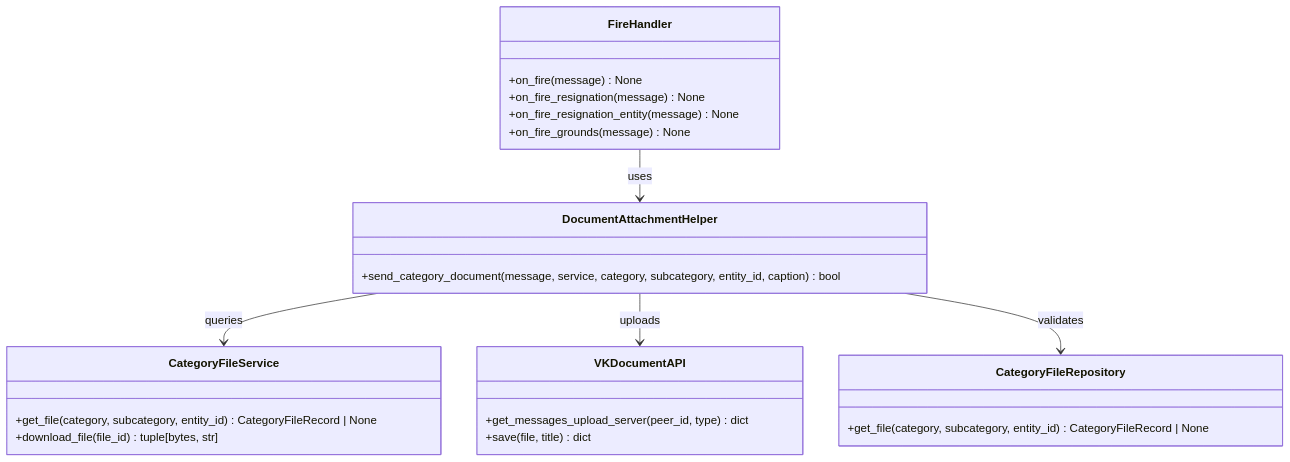
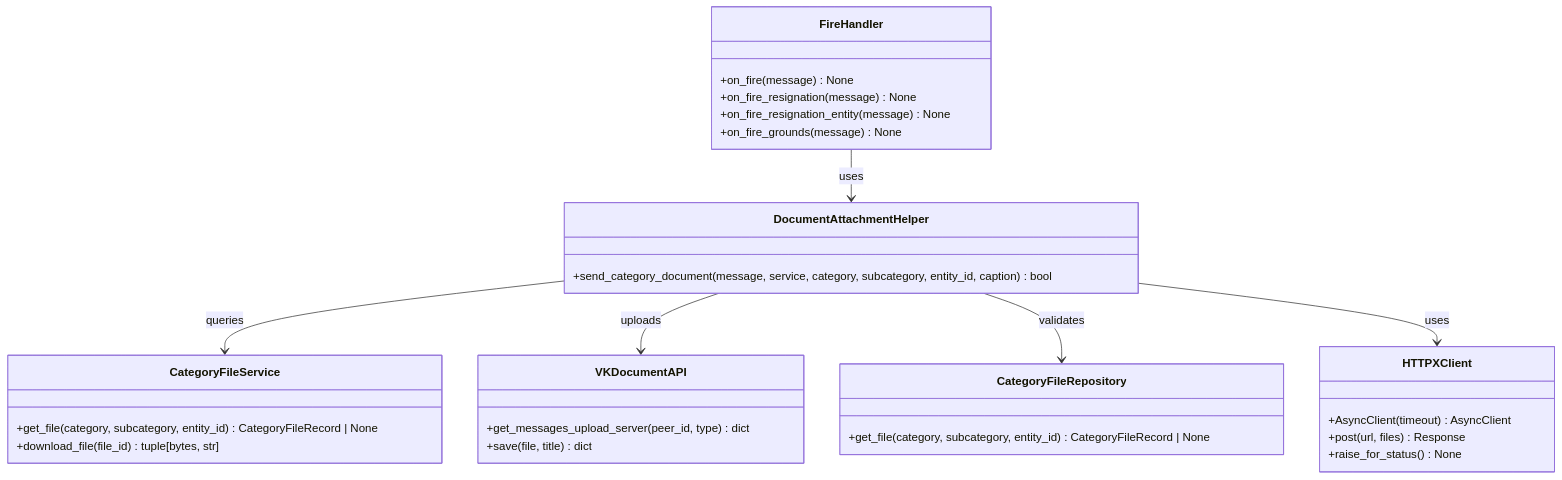
Before and after one commit to ognelis/cafetera_hr_bot: diagram 11 of 35 in .qoder/repowiki/en/content/VK Integration/VK Integration.md, drawn with Mermaid. The commit also changed other lines of this file and 25 other files, not shown here.

````diff
--- a/.qoder/repowiki/en/content/VK Integration/VK Integration.md
+++ b/.qoder/repowiki/en/content/VK Integration/VK Integration.md
@@ -774,27 +791,33 @@
 ```mermaid
 classDiagram
 class FireHandler {
 +on_fire(message) None
 +on_fire_resignation(message) None
 +on_fire_resignation_entity(message) None
 +on_fire_grounds(message) None
 }
 class DocumentAttachmentHelper {
 +send_category_document(message, service, category, subcategory, entity_id, caption) bool
 }
 class CategoryFileService {
 +get_file(category, subcategory, entity_id) CategoryFileRecord | None
 +download_file(file_id) tuple[bytes, str]
 }
 class VKDocumentAPI {
 +get_messages_upload_server(peer_id, type) dict
 +save(file, title) dict
 }
 class CategoryFileRepository {
 +get_file(category, subcategory, entity_id) CategoryFileRecord | None
 }
+class HTTPXClient {
++AsyncClient(timeout) AsyncClient
++post(url, files) Response
++raise_for_status() None
+}
 FireHandler --> DocumentAttachmentHelper : uses
 DocumentAttachmentHelper --> CategoryFileService : queries
 DocumentAttachmentHelper --> VKDocumentAPI : uploads
 DocumentAttachmentHelper --> CategoryFileRepository : validates
+DocumentAttachmentHelper --> HTTPXClient : uses
 ```
````
